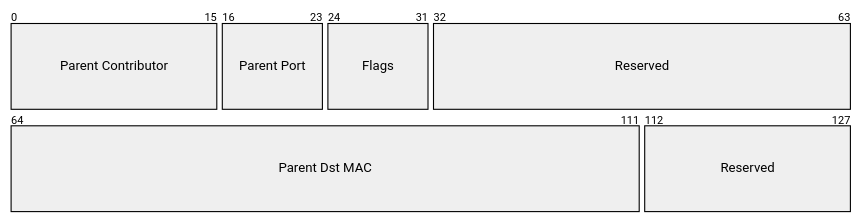
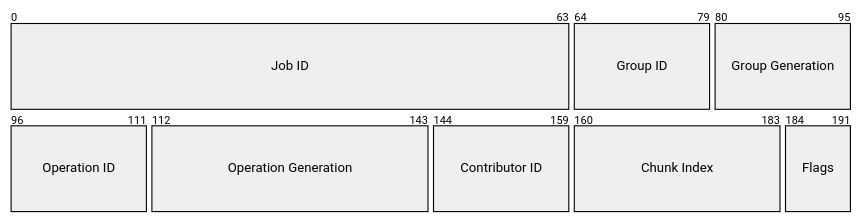
The seventh of 9 diagrams in docs/chapters/3-architecture/protocol.it.md (uniquadev/prism), drawn with Mermaid (neutral theme) before and after one commit. The commit also changed other lines of this file and 30 other files, not shown here.

````diff
--- a/docs/chapters/3-architecture/protocol.it.md
+++ b/docs/chapters/3-architecture/protocol.it.md
@@ -452,10 +438,12 @@
 ```mermaid
-%%{init: {"packet": {"bitsPerRow": 64, "bitWidth": 12, "rowHeight": 78, "showBits": true}} }%%
+%%{init: {"packet": {"bitsPerRow": 96, "bitWidth": 8, "rowHeight": 78, "showBits": true}} }%%
 packet
-    +16: "Parent Contributor"
-    +8: "Parent Port"
+    +64: "Job ID"
+    +16: "Group ID"
+    +16: "Group Generation"
+    +16: "Operation ID"
+    +32: "Operation Generation"
+    +16: "Contributor ID"
+    +24: "Chunk Index"
     +8: "Flags"
-    +32: "Reserved"
-    +48: "Parent Dst MAC"
-    +16: "Reserved"
 ```
````
